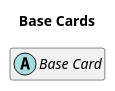
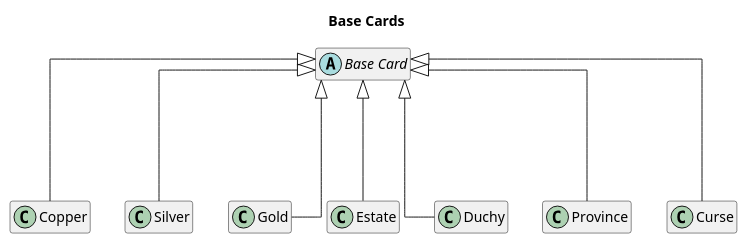
Before and after one commit to qwwqe/demesne: the diagram in diagrams/base-card-class.puml, drawn with PlantUML. The commit also changed 1 other file, not shown here.

Commit message:
Define Base Card inheritence tree

```diff
--- a/diagrams/base-card-class.puml
+++ b/diagrams/base-card-class.puml
@@ -1,8 +1,30 @@
 @startuml
 title Base Cards
 hide empty members
 skinparam linetype ortho
 
 abstract "Base Card" as BaseCard {}
 
+BaseCard <|--- Copper
+BaseCard <|--- Silver
+BaseCard <|--- Gold
+
+together {
+  class Copper
+  class Silver
+  class Gold
+}
+
+BaseCard <|--- Estate
+BaseCard <|--- Duchy
+BaseCard <|--- Province
+
+together {
+  class Estate
+  class Duchy
+  class Province
+}
+
+BaseCard <|--- Curse
+
 @enduml
```
